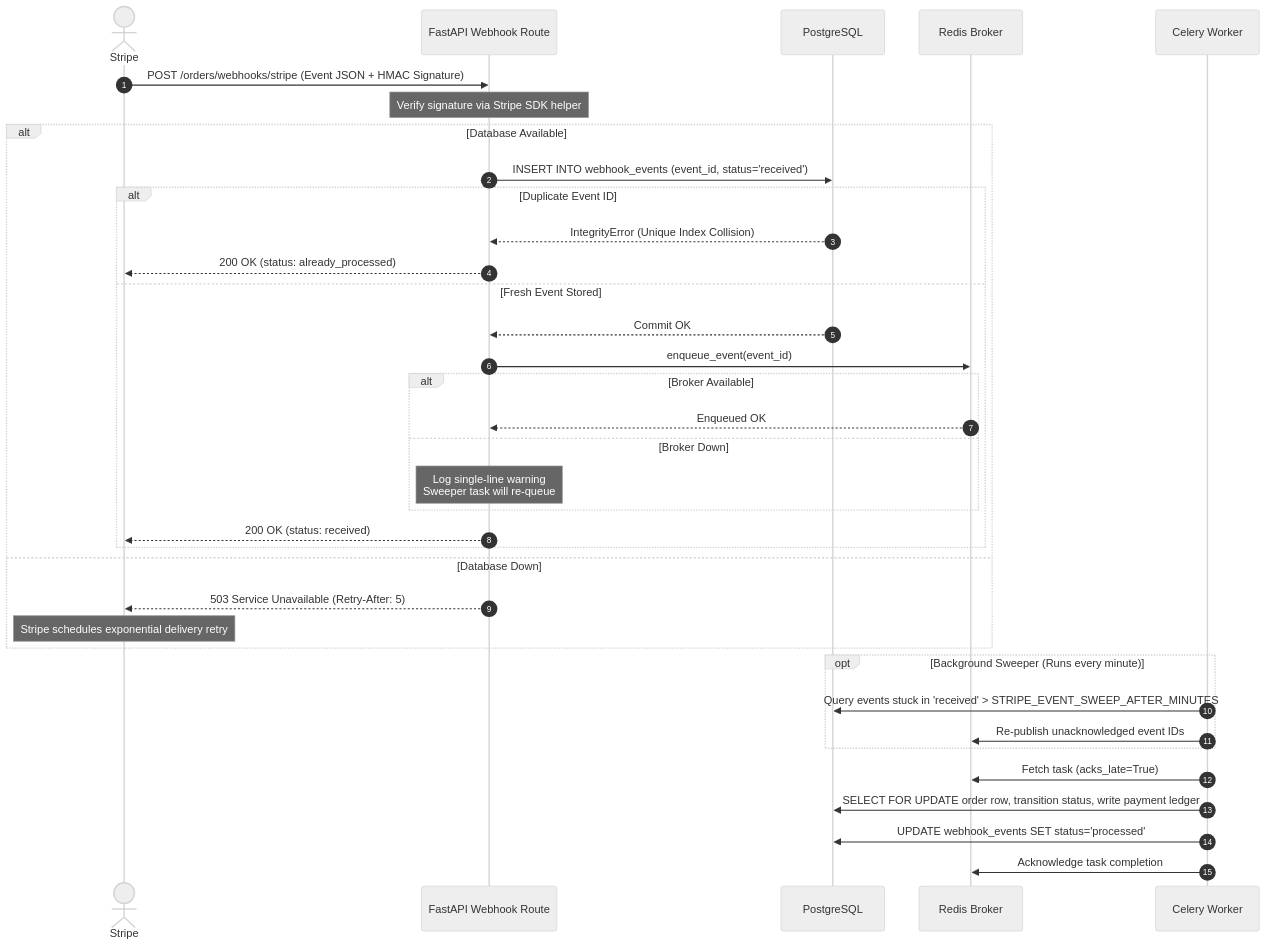
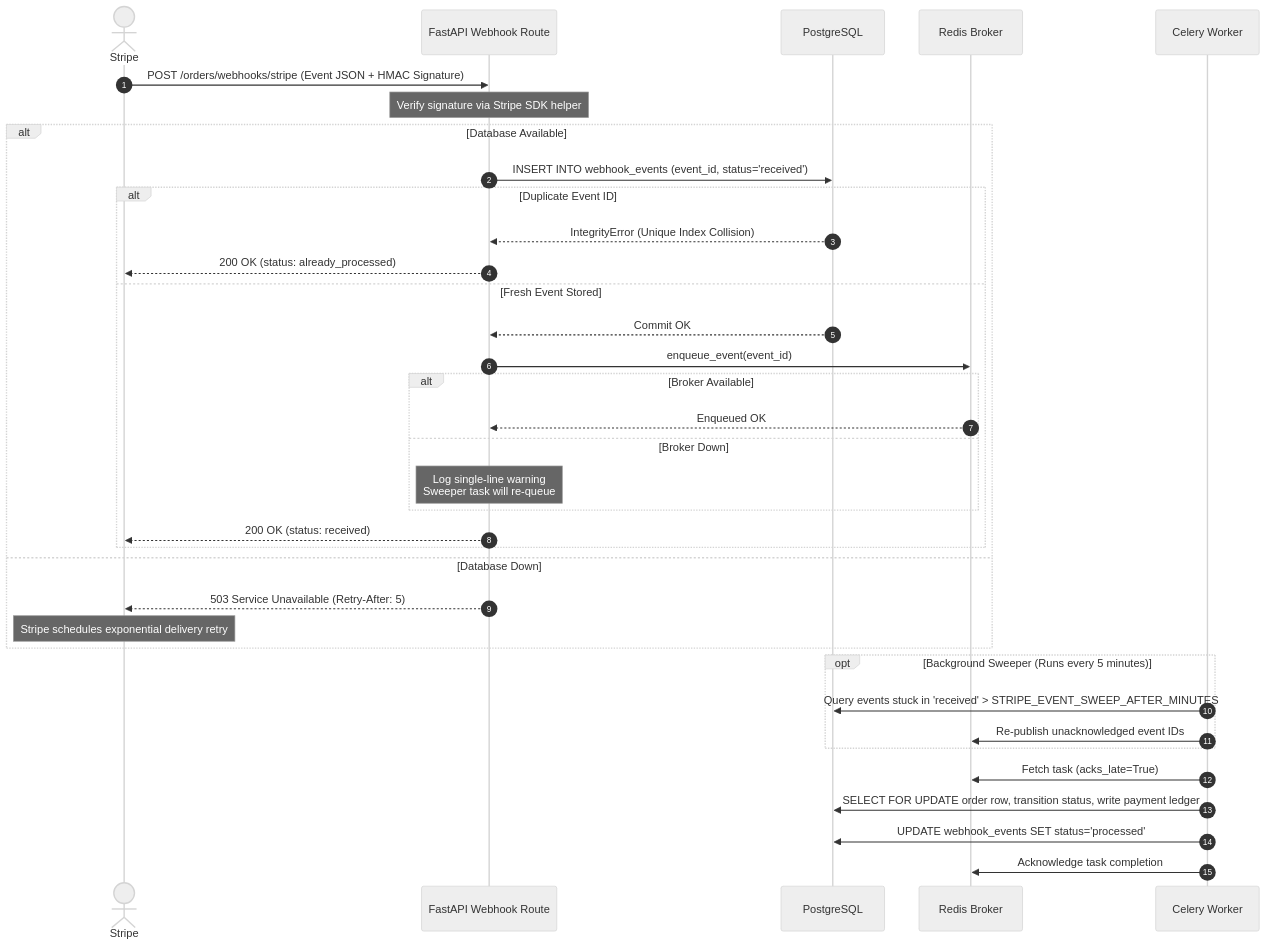
One commit to nadeko0/fastapi_e-commerce_backend changed the diagram in docs/RESILIENCE.md. Above: the diagram before and after it, drawn with Mermaid (neutral theme). The commit also changed other lines of this file and 12 other files, not shown here.

````diff
--- a/docs/RESILIENCE.md
+++ b/docs/RESILIENCE.md
@@ -23,41 +23,41 @@
 ```mermaid
 sequenceDiagram
     autonumber
     actor Stripe
     participant API as FastAPI Webhook Route
     participant DB as PostgreSQL
     participant Redis as Redis Broker
     participant Worker as Celery Worker
 
     Stripe->>API: POST /orders/webhooks/stripe (Event JSON + HMAC Signature)
     Note over API: Verify signature via Stripe SDK helper
     alt Database Available
         API->>DB: INSERT INTO webhook_events (event_id, status='received')
         alt Duplicate Event ID
             DB-->>API: IntegrityError (Unique Index Collision)
             API-->>Stripe: 200 OK (status: already_processed)
         else Fresh Event Stored
             DB-->>API: Commit OK
             API->>Redis: enqueue_event(event_id)
             alt Broker Available
                 Redis-->>API: Enqueued OK
             else Broker Down
                 Note over API: Log single-line warning<br/>Sweeper task will re-queue
             end
             API-->>Stripe: 200 OK (status: received)
         end
     else Database Down
         API-->>Stripe: 503 Service Unavailable (Retry-After: 5)
         Note over Stripe: Stripe schedules exponential delivery retry
     end
 
-    opt Background Sweeper (Runs every minute)
+    opt Background Sweeper (Runs every 5 minutes)
         Worker->>DB: Query events stuck in 'received' > STRIPE_EVENT_SWEEP_AFTER_MINUTES
         Worker->>Redis: Re-publish unacknowledged event IDs
     end
 
     Worker->>Redis: Fetch task (acks_late=True)
     Worker->>DB: SELECT FOR UPDATE order row, transition status, write payment ledger
     Worker->>DB: UPDATE webhook_events SET status='processed'
     Worker->>Redis: Acknowledge task completion
 ```
````
